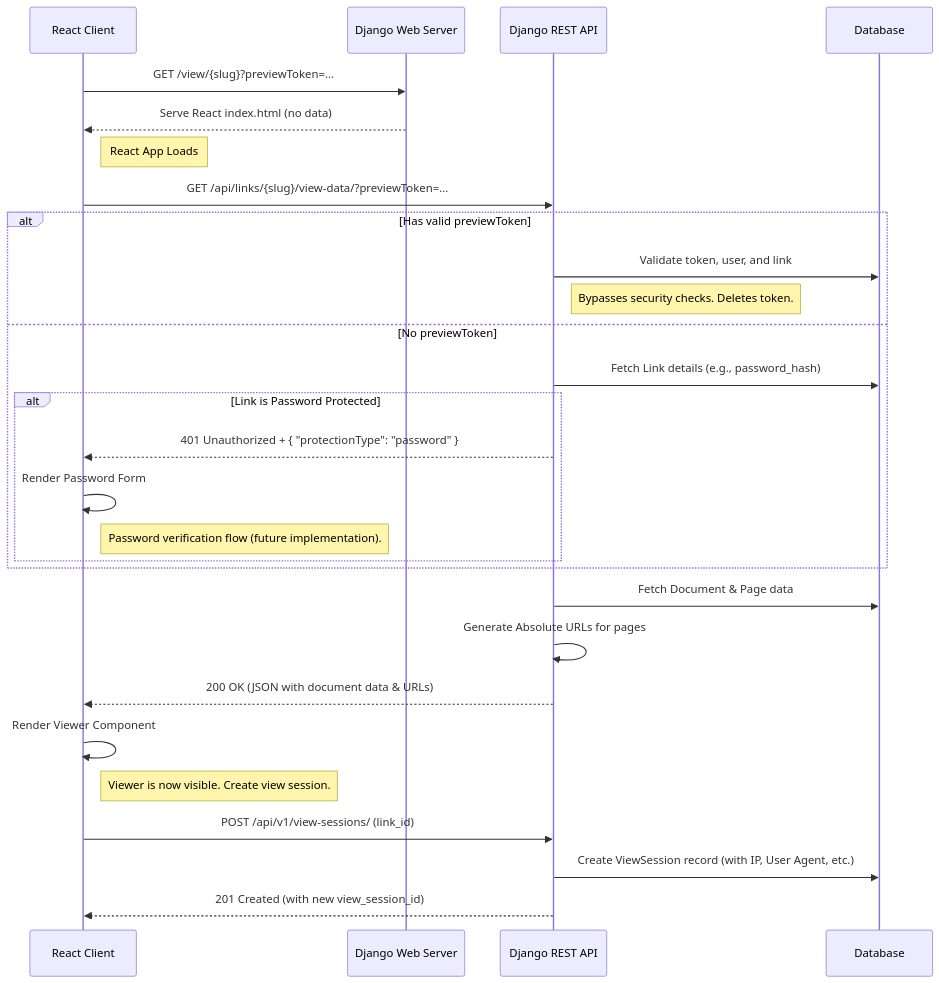
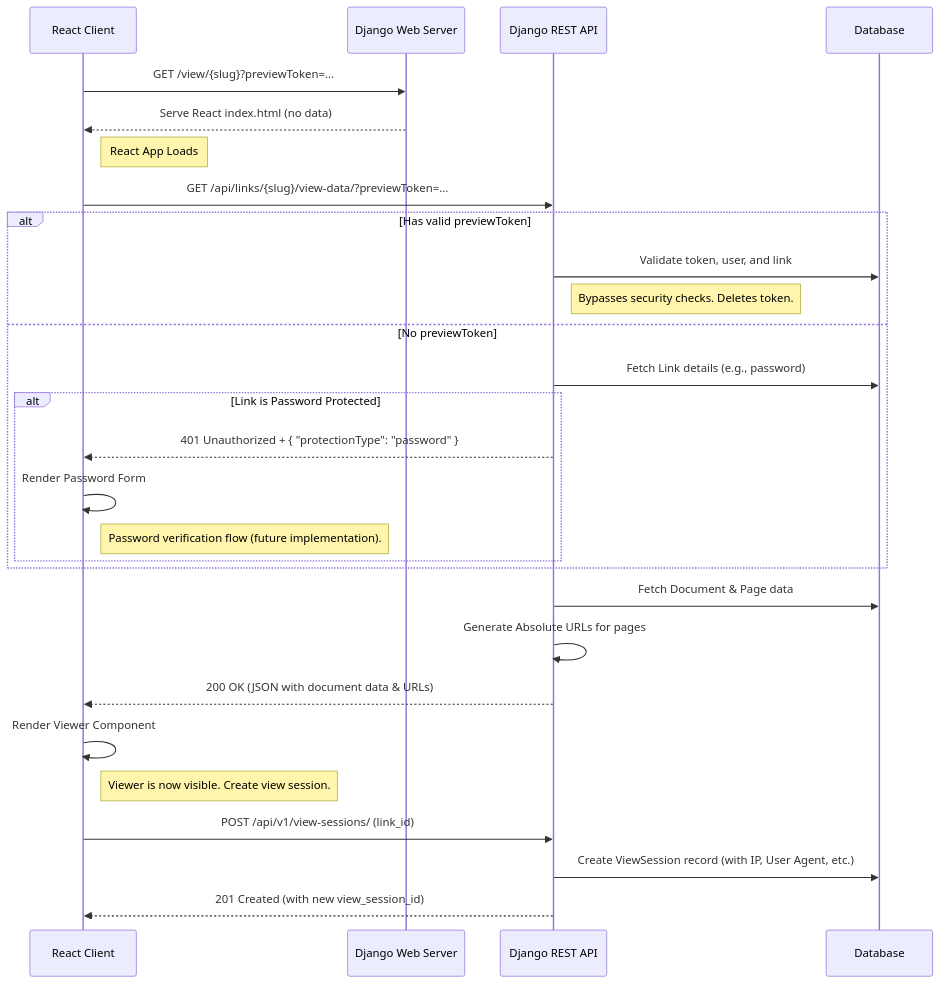
Before and after one commit to coneshare/coneshare: the diagram in docs/coneshare-share-link-view-logic.md, drawn with Mermaid. The commit also changed other lines of this file and 2 other files, not shown here.

Commit message:
fix: Update password check and docs to use 'password' instead of 'hash'

````diff
--- a/docs/coneshare-share-link-view-logic.md
+++ b/docs/coneshare-share-link-view-logic.md
@@ -15,36 +15,36 @@
 ```mermaid
 sequenceDiagram
     participant Client as React Client
     participant Django as Django Web Server
     participant API as Django REST API
     participant DB as Database
 
     Client->>Django: GET /view/{slug}?previewToken=...
     Django-->>Client: Serve React index.html (no data)
 
     Note right of Client: React App Loads
 
     Client->>API: GET /api/links/{slug}/view-data/?previewToken=...
     
     alt Has valid previewToken
         API->>DB: Validate token, user, and link
         Note right of API: Bypasses security checks. Deletes token.
     else No previewToken
-        API->>DB: Fetch Link details (e.g., password_hash)
+        API->>DB: Fetch Link details (e.g., password)
         alt Link is Password Protected
             API-->>Client: 401 Unauthorized + { "protectionType": "password" }
             Client->>Client: Render Password Form
             Note right of Client: Password verification flow (future implementation).
         end
     end
 
     API->>DB: Fetch Document & Page data
     API->>API: Generate Absolute URLs for pages
     API-->>Client: 200 OK (JSON with document data & URLs)
     Client->>Client: Render Viewer Component
     
     Note right of Client: Viewer is now visible. Create view session.
     Client->>API: POST /api/v1/view-sessions/ (link_id)
     API->>DB: Create ViewSession record (with IP, User Agent, etc.)
     API-->>Client: 201 Created (with new view_session_id)
 ```
````
